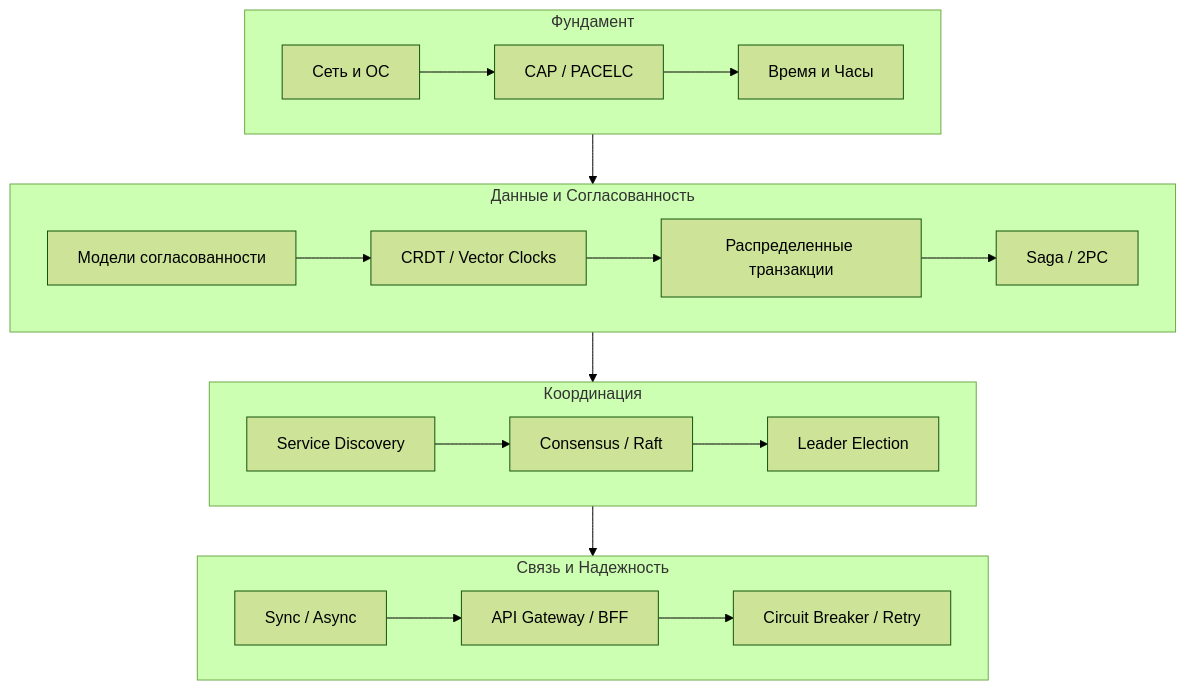
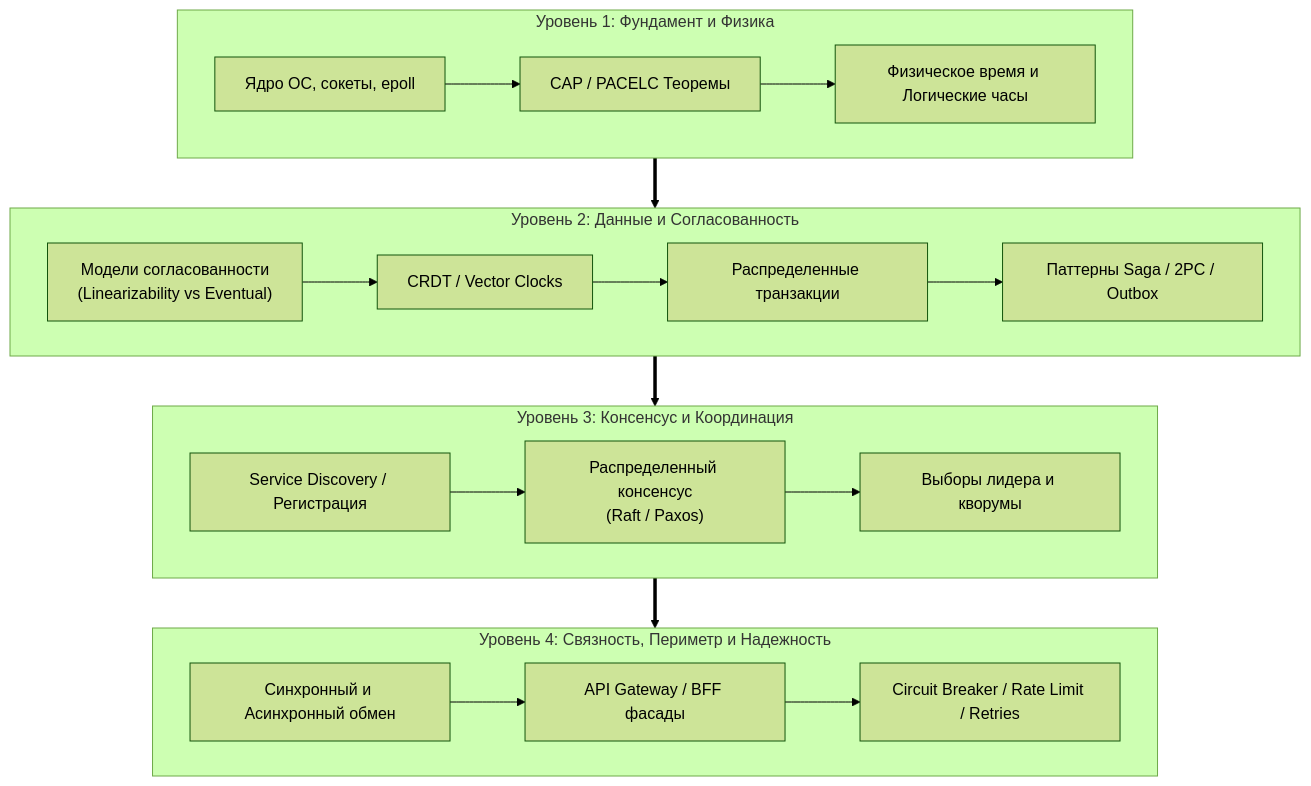
One commit to UnrealTemplier/go-textbook changed the first of 2 diagrams in sources/14. Распределенные системы на Go/10. Итог/1. Итоги раздела. Практика построения распределенных систем.md. Above: the diagram before and after it, drawn with Mermaid (forest theme). The commit also changed other lines of this file, not shown here.

````diff
--- a/sources/14. Распределенные системы на Go/10. Итог/1. Итоги раздела. Практика построения распределенных систем.md
+++ b/sources/14. Распределенные системы на Go/10. Итог/1. Итоги раздела. Практика построения распределенных систем.md
@@ -28,27 +42,27 @@
 ```mermaid
 flowchart TD
-    subgraph L1["Фундамент"]
-        A["Сеть и ОС"] --> B["CAP / PACELC"]
-        B --> C["Время и Часы"]
+    subgraph L1["Уровень 1: Фундамент и Физика"]
+        A["Ядро ОС, сокеты, epoll"] --> B["CAP / PACELC Теоремы"]
+        B --> C["Физическое время и Логические часы"]
     end
 
-    subgraph L2["Данные и Согласованность"]
-        D["Модели согласованности"] --> E["CRDT / Vector Clocks"]
+    subgraph L2["Уровень 2: Данные и Согласованность"]
+        D["Модели согласованности<br>(Linearizability vs Eventual)"] --> E["CRDT / Vector Clocks"]
         E --> F["Распределенные транзакции"]
-        F --> G["Saga / 2PC"]
+        F --> G["Паттерны Saga / 2PC / Outbox"]
     end
 
-    subgraph L3["Координация"]
-        H["Service Discovery"] --> I["Consensus / Raft"]
-        I --> J["Leader Election"]
+    subgraph L3["Уровень 3: Консенсус и Координация"]
+        H["Service Discovery / Регистрация"] --> I["Распределенный консенсус<br>(Raft / Paxos)"]
+        I --> J["Выборы лидера и кворумы"]
     end
 
-    subgraph L4["Связь и Надежность"]
-        K["Sync / Async"] --> L["API Gateway / BFF"]
-        L --> M["Circuit Breaker / Retry"]
+    subgraph L4["Уровень 4: Связность, Периметр и Надежность"]
+        K["Синхронный и Асинхронный обмен"] --> L["API Gateway / BFF фасады"]
+        L --> M["Circuit Breaker / Rate Limit / Retries"]
     end
 
-    L1 --> L2
-    L2 --> L3
-    L3 --> L4
+    L1 ==> L2
+    L2 ==> L3
+    L3 ==> L4
 ```
````
